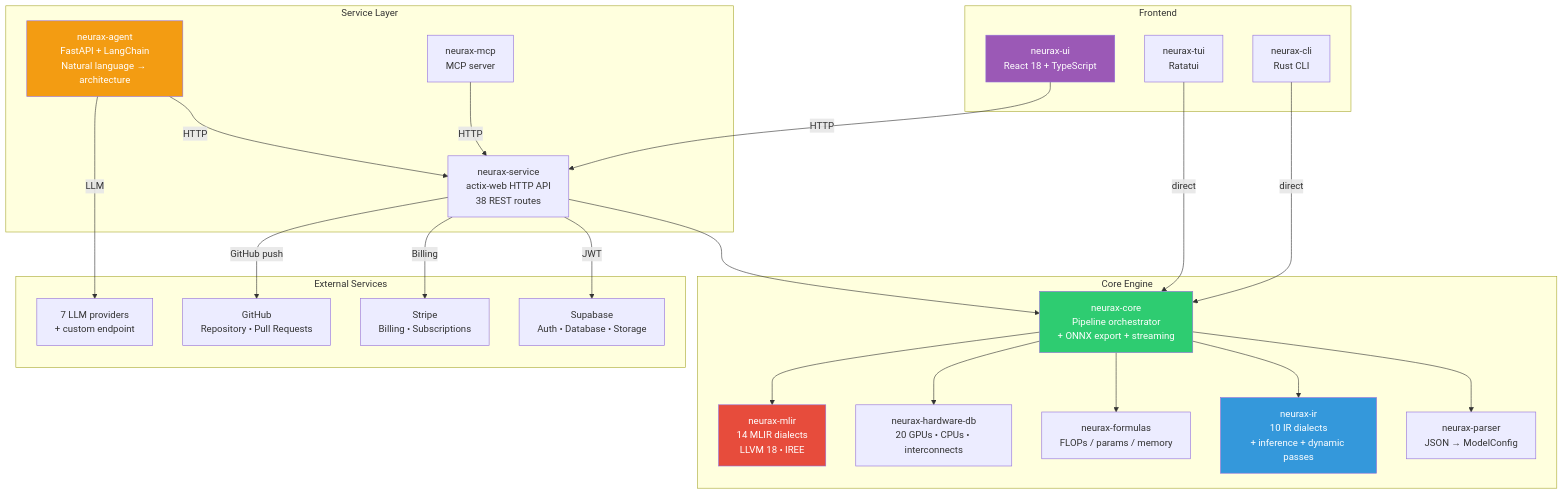
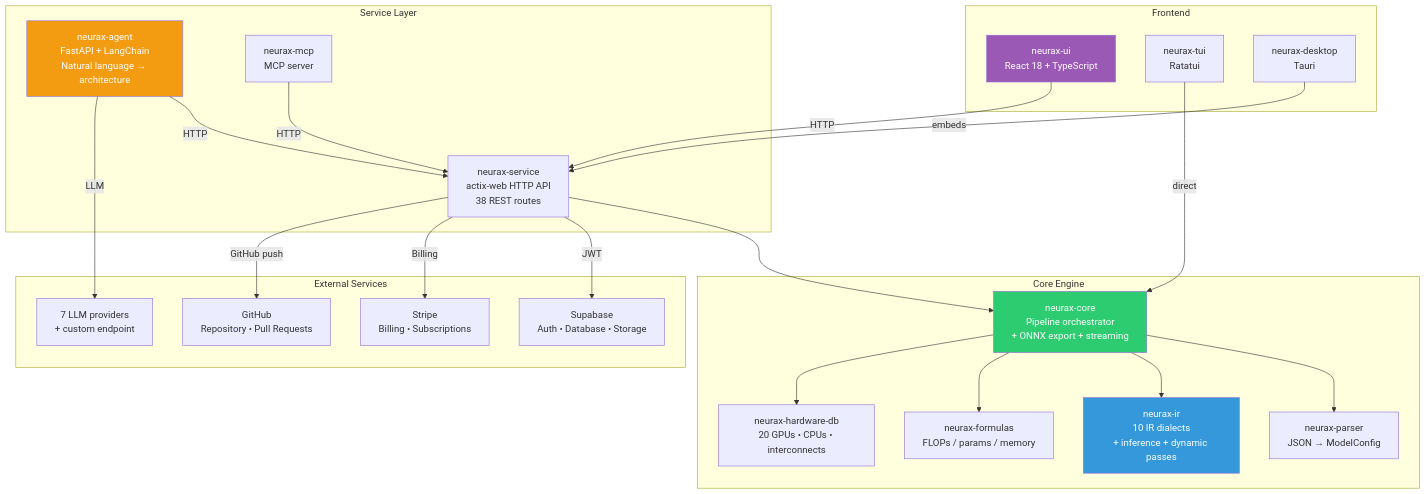
The first of 2 diagrams in book/src/DESIGN.md (NEURAX-canvas/NEURAX), drawn with Mermaid before and after one commit. The commit also changed other lines of this file and 3 other files, not shown here.

First line of the commit message:
docs: stop overclaiming the MLIR backend, add a real desktop-install page

````diff
--- a/book/src/DESIGN.md
+++ b/book/src/DESIGN.md
@@ -37,55 +37,52 @@
 ```mermaid
 graph TB
     subgraph "Frontend"
         UI[neurax-ui<br/>React 18 + TypeScript]
         TUI[neurax-tui<br/>Ratatui]
-        CLI[neurax-cli<br/>Rust CLI]
+        DESKTOP[neurax-desktop<br/>Tauri]
     end
 
     subgraph "Service Layer"
         HTTP_API[neurax-service<br/>actix-web HTTP API<br/>38 REST routes]
         AI_AGENT[neurax-agent<br/>FastAPI + LangChain<br/>Natural language → architecture]
         MCP[neurax-mcp<br/>MCP server]
     end
 
     subgraph "Core Engine"
         CORE[neurax-core<br/>Pipeline orchestrator<br/>+ ONNX export + streaming]
         PARSER[neurax-parser<br/>JSON → ModelConfig]
         IR[neurax-ir<br/>10 IR dialects<br/>+ inference + dynamic passes]
         FORMULAS[neurax-formulas<br/>FLOPs / params / memory]
         HWDB[neurax-hardware-db<br/>20 GPUs • CPUs • interconnects]
-        MLIR[neurax-mlir<br/>14 MLIR dialects<br/>LLVM 18 • IREE]
     end
 
     subgraph "External Services"
         SUPABASE[Supabase<br/>Auth • Database • Storage]
         STRIPE[Stripe<br/>Billing • Subscriptions]
         OPENAI[7 LLM providers<br/>+ custom endpoint]
         GITHUB[GitHub<br/>Repository • Pull Requests]
     end
 
     UI -- HTTP --> HTTP_API
     TUI -- direct --> CORE
-    CLI -- direct --> CORE
+    DESKTOP -- embeds --> HTTP_API
     MCP -- HTTP --> HTTP_API
 
     AI_AGENT -- HTTP --> HTTP_API
     AI_AGENT -- LLM --> OPENAI
 
     HTTP_API --> CORE
     CORE --> PARSER
     CORE --> IR
     CORE --> FORMULAS
     CORE --> HWDB
-    CORE --> MLIR
 
     HTTP_API -- JWT --> SUPABASE
     HTTP_API -- Billing --> STRIPE
     HTTP_API -- GitHub push --> GITHUB
 
     style CORE fill:#2ecc71,color:#fff
     style IR fill:#3498db,color:#fff
-    style MLIR fill:#e74c3c,color:#fff
     style UI fill:#9b59b6,color:#fff
     style AI_AGENT fill:#f39c12,color:#fff
 ```
````
